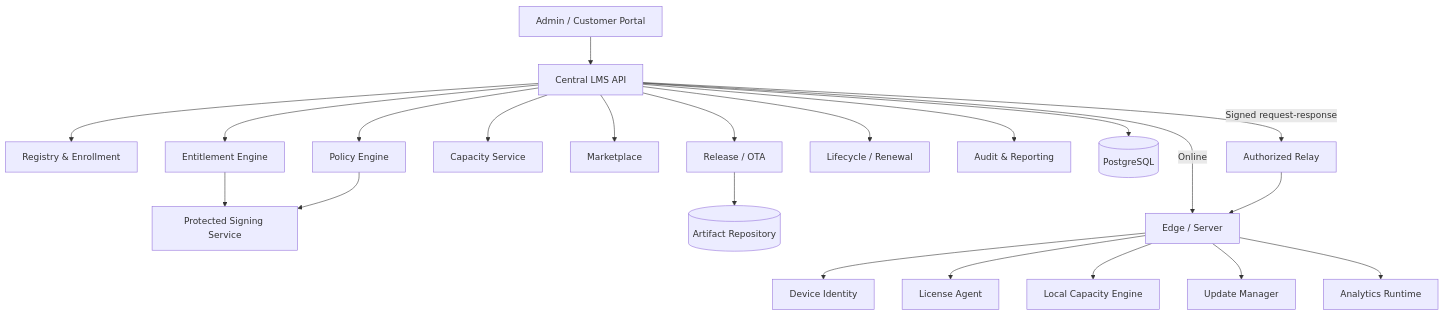
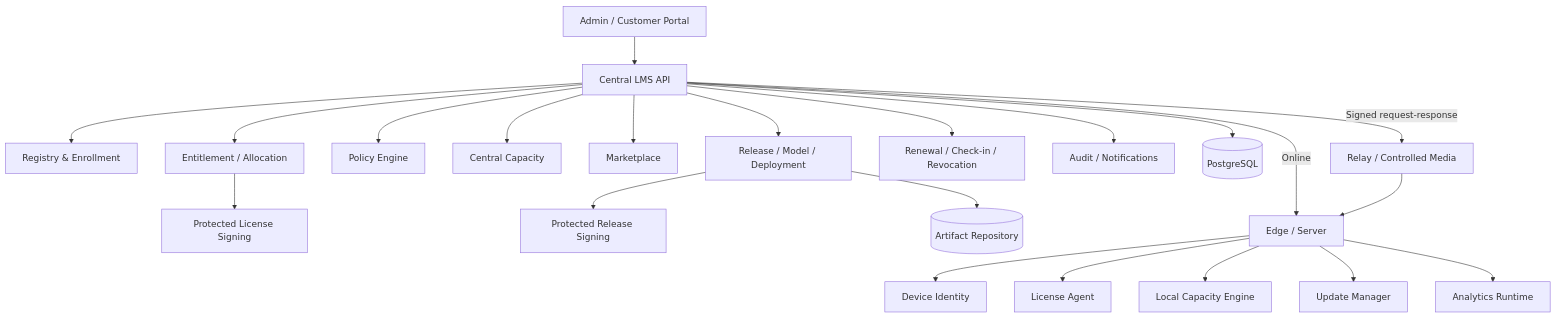
The diagram in docs/architecture/index.md (Niranjan1005/lms), drawn with Mermaid before and after one commit. The commit also changed other lines of this file, not shown here.

Commit message:
docs: deepen architecture overview

```diff
--- a/docs/architecture/index.md
+++ b/docs/architecture/index.md
@@ -5,24 +6,24 @@
 ~~~mermaid
 flowchart TB
     P[Admin / Customer Portal] --> API[Central LMS API]
     API --> REG[Registry & Enrollment]
-    API --> ENT[Entitlement Engine]
+    API --> ENT[Entitlement / Allocation]
     API --> POL[Policy Engine]
-    API --> CAP[Capacity Service]
+    API --> CAP[Central Capacity]
     API --> MKT[Marketplace]
-    API --> REL[Release / OTA]
-    API --> LIFE[Lifecycle / Renewal]
-    API --> AUD[Audit & Reporting]
-    ENT --> SIGN[Protected Signing Service]
-    POL --> SIGN
+    API --> REL[Release / Model / Deployment]
+    API --> LIFE[Renewal / Check-in / Revocation]
+    API --> AUD[Audit / Notifications]
+    ENT --> LS[Protected License Signing]
+    REL --> RS[Protected Release Signing]
     REL --> AR[(Artifact Repository)]
     API --> DB[(PostgreSQL)]
     API -->|Online| EDGE[Edge / Server]
-    API -->|Signed request-response| RELAY[Authorized Relay]
+    API -->|Signed request-response| RELAY[Relay / Controlled Media]
     RELAY --> EDGE
     EDGE --> ID[Device Identity]
     EDGE --> LA[License Agent]
     EDGE --> LC[Local Capacity Engine]
     EDGE --> UM[Update Manager]
     EDGE --> RT[Analytics Runtime]
 ~~~
```
